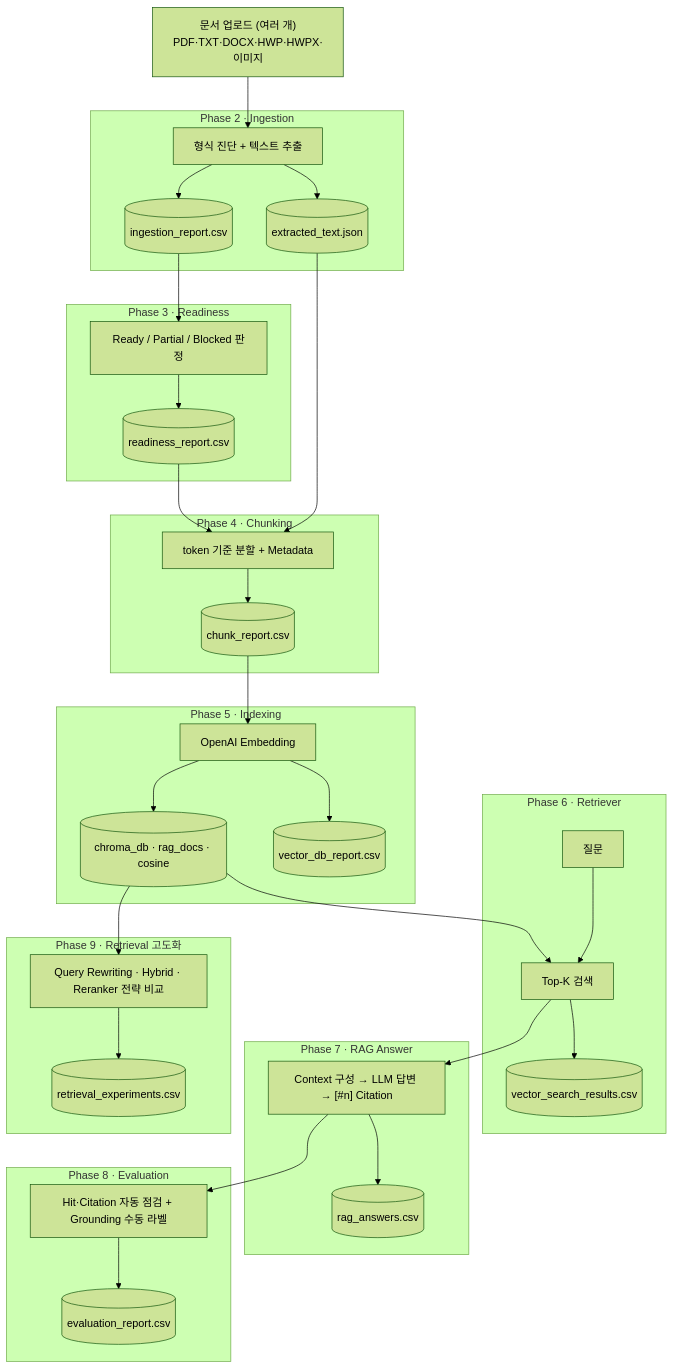
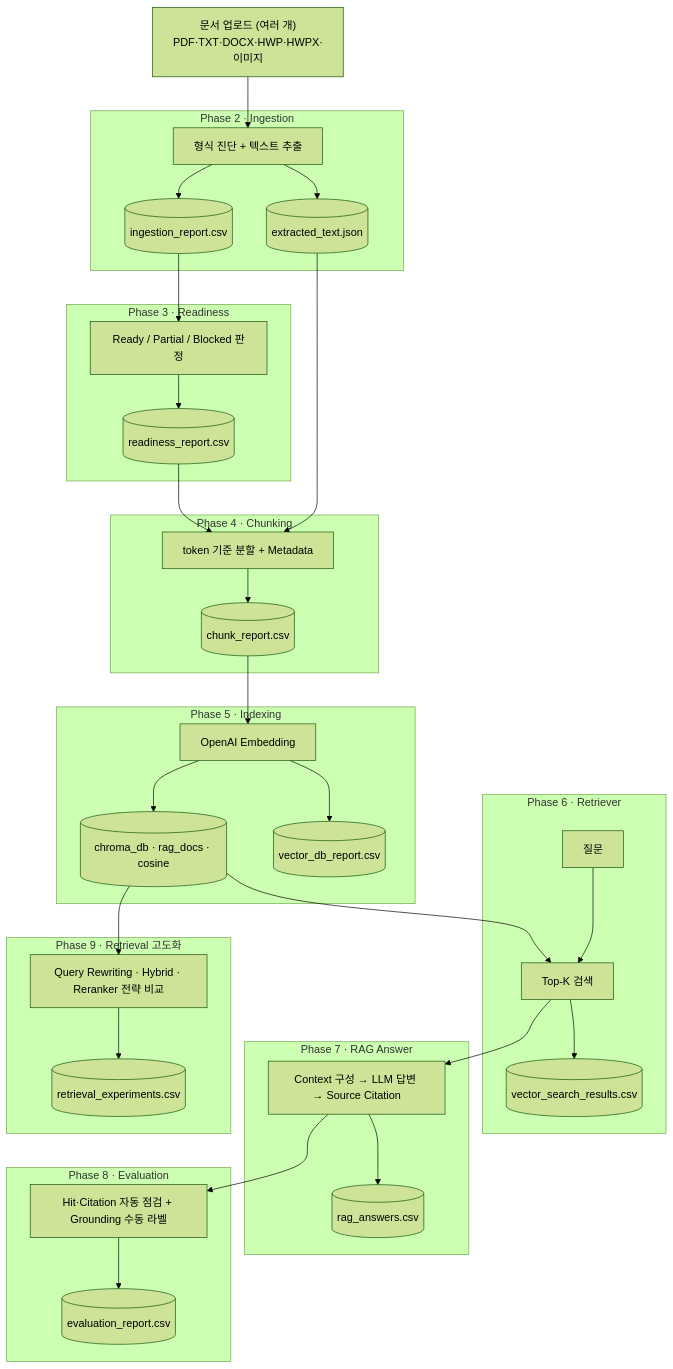
Before and after one commit to researcherhojin/RAG-practice: the diagram in README.md, drawn with Mermaid (forest theme). The commit also changed other lines of this file, not shown here.

First line of the commit message:
docs: fix README mermaid (drop [#n] bracket that broke render) + new tab UI screenshots

````diff
--- a/README.md
+++ b/README.md
@@ -24,47 +24,47 @@
 ```mermaid
 flowchart TD
     U["문서 업로드 (여러 개)<br/>PDF·TXT·DOCX·HWP·HWPX·이미지"] --> ING
 
     subgraph P2["Phase 2 · Ingestion"]
         ING["형식 진단 + 텍스트 추출"] --> ICSV[("ingestion_report.csv")]
         ING --> TXT[("extracted_text.json")]
     end
 
     ICSV --> RDY
     subgraph P3["Phase 3 · Readiness"]
         RDY["Ready / Partial / Blocked 판정"] --> RCSV[("readiness_report.csv")]
     end
 
     RCSV --> CHK
     TXT --> CHK
     subgraph P4["Phase 4 · Chunking"]
         CHK["token 기준 분할 + Metadata"] --> CCSV[("chunk_report.csv")]
     end
 
     CCSV --> IDX
     subgraph P5["Phase 5 · Indexing"]
         IDX["OpenAI Embedding"] --> DB[("chroma_db · rag_docs · cosine")]
         IDX --> VCSV[("vector_db_report.csv")]
     end
 
     DB --> RET
     subgraph P6["Phase 6 · Retriever"]
         Q["질문"] --> RET["Top-K 검색"]
         RET --> SCSV[("vector_search_results.csv")]
     end
 
     RET --> ANS
     subgraph P7["Phase 7 · RAG Answer"]
-        ANS["Context 구성 → LLM 답변 → [#n] Citation"] --> ACSV[("rag_answers.csv")]
+        ANS["Context 구성 → LLM 답변 → Source Citation"] --> ACSV[("rag_answers.csv")]
     end
 
     ANS --> EVAL
     subgraph P8["Phase 8 · Evaluation"]
         EVAL["Hit·Citation 자동 점검 + Grounding 수동 라벨"] --> ECSV[("evaluation_report.csv")]
     end
 
     DB --> ADV
     subgraph P9["Phase 9 · Retrieval 고도화"]
         ADV["Query Rewriting · Hybrid · Reranker 전략 비교"] --> XCSV[("retrieval_experiments.csv")]
     end
 ```
````
